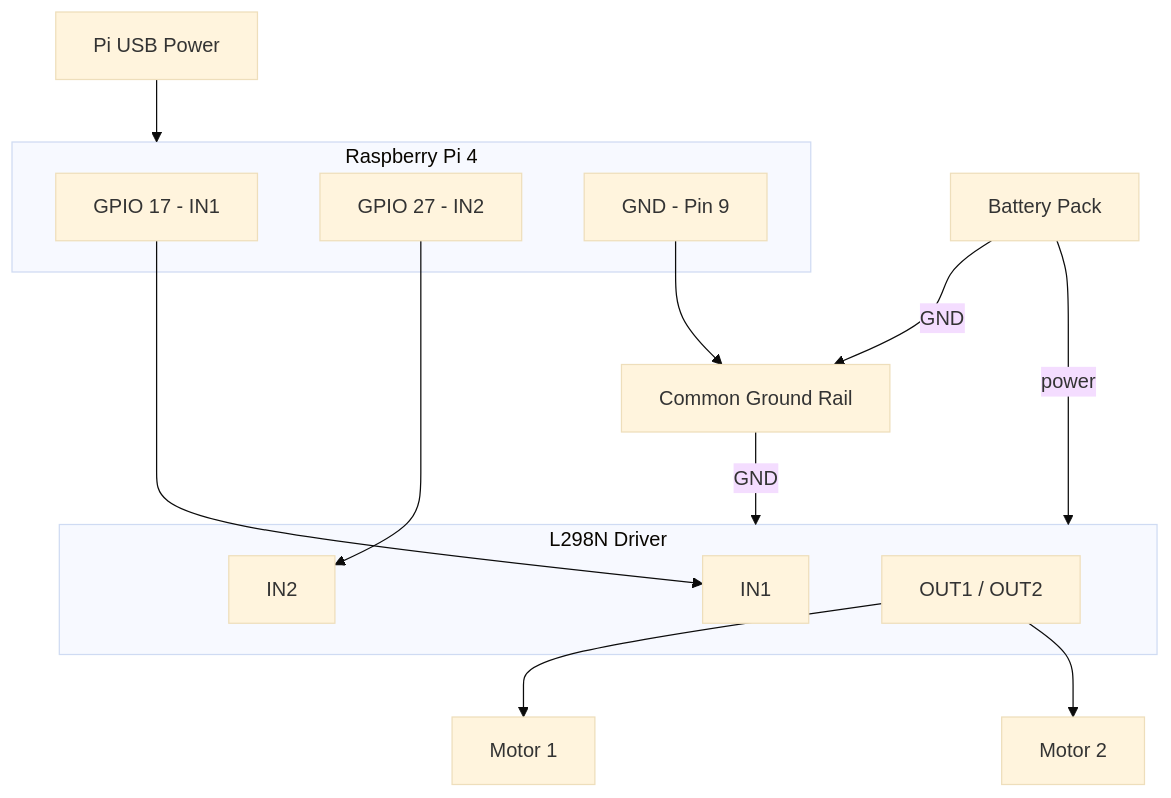
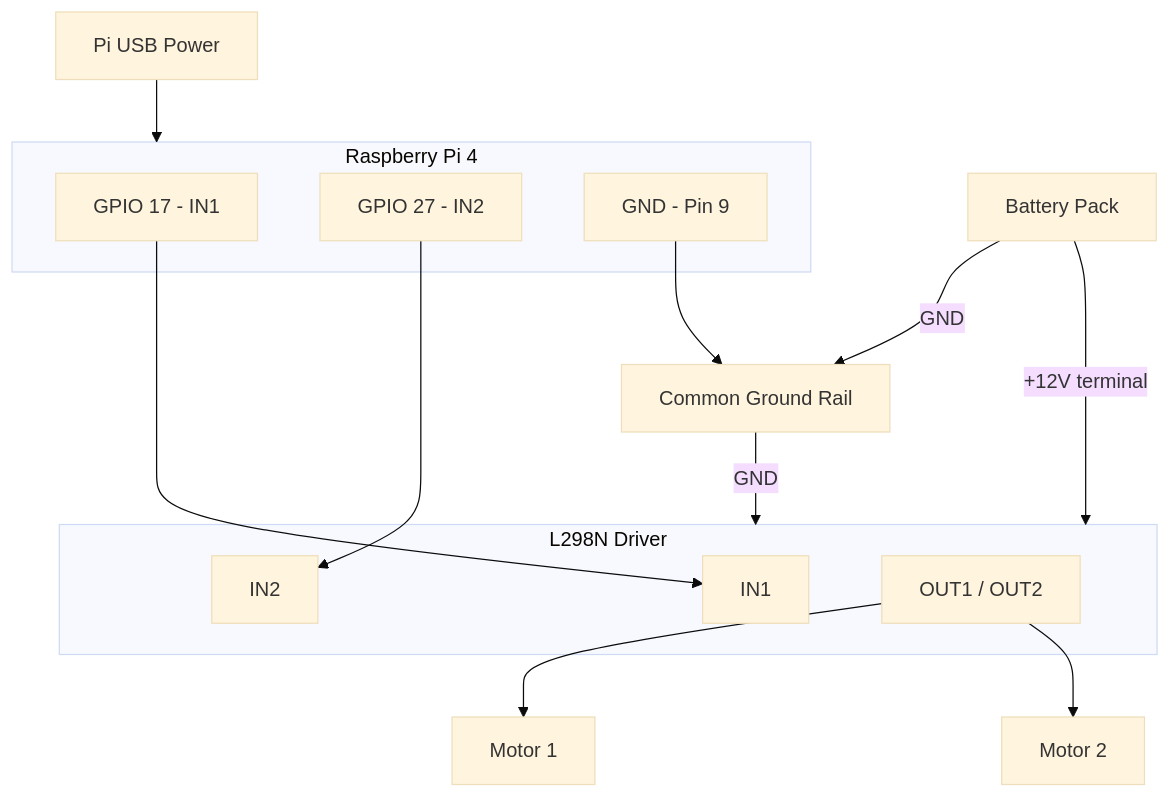
The diagram in 3_forward_reverse_stop/diagram.md (rbarman/rc-car), drawn with Mermaid (base theme) before and after one commit. The commit also changed 5 other files, not shown here.

````diff
--- a/3_forward_reverse_stop/diagram.md
+++ b/3_forward_reverse_stop/diagram.md
@@ -1,27 +1,27 @@
 ```mermaid
 graph TD
     PiPower[Pi USB Power] --> Pi
-    Batt[Battery Pack] -->|power| D1
+    Batt[Battery Pack] -->|+12V terminal| D1
     Batt -->|GND| GND_Bus[Common Ground Rail]
 
     subgraph Pi [Raspberry Pi 4]
         GPIO17[GPIO 17 - IN1]
         GPIO27[GPIO 27 - IN2]
         PiGND[GND - Pin 9]
     end
 
     PiGND --> GND_Bus
     GND_Bus -->|GND| D1
 
     subgraph D1 [L298N Driver]
         IN1[IN1]
         IN2[IN2]
         OUT[OUT1 / OUT2]
     end
 
     GPIO17 --> IN1
     GPIO27 --> IN2
 
     OUT --> M1[Motor 1]
     OUT --> M2[Motor 2]
 ```
````
